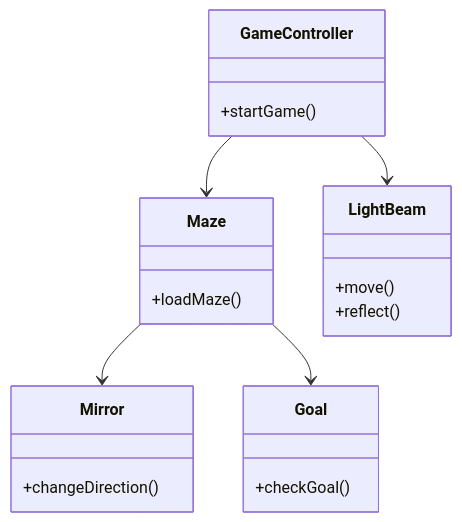
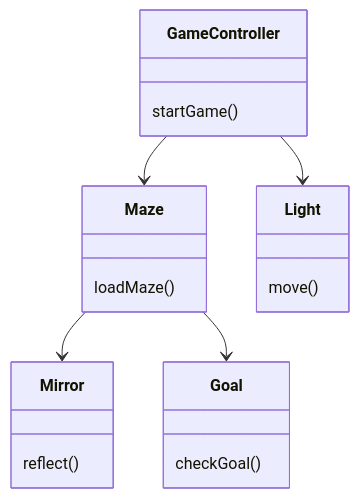
One commit to Fidele135/w0516590-Midterm changed the diagram in docs/uml/initialization_state_class_diagram.mmd. Above: the diagram before and after it, drawn with Mermaid. The commit also changed 2 other files, not shown here.

```diff
--- a/docs/uml/initialization_state_class_diagram.mmd
+++ b/docs/uml/initialization_state_class_diagram.mmd
@@ -1,27 +1,26 @@
 classDiagram
 
 class GameController{
-    +startGame()
+    startGame()
 }
 
 class Maze{
-    +loadMaze()
+    loadMaze()
 }
 
-class LightBeam{
-    +move()
-    +reflect()
+class Light{
+    move()
 }
 
 class Mirror{
-    +changeDirection()
+    reflect()
 }
 
 class Goal{
-    +checkGoal()
+    checkGoal()
 }
 
 GameController --> Maze
-GameController --> LightBeam
+GameController --> Light
 Maze --> Mirror
 Maze --> Goal
```
